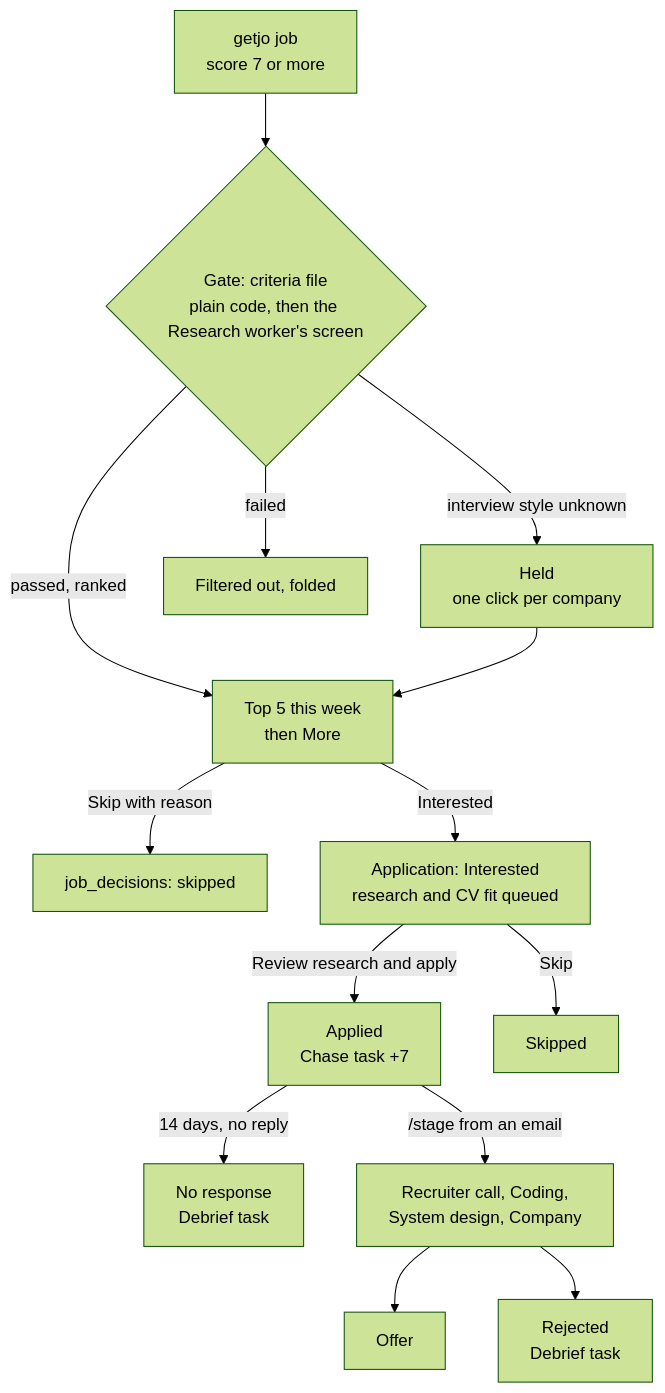
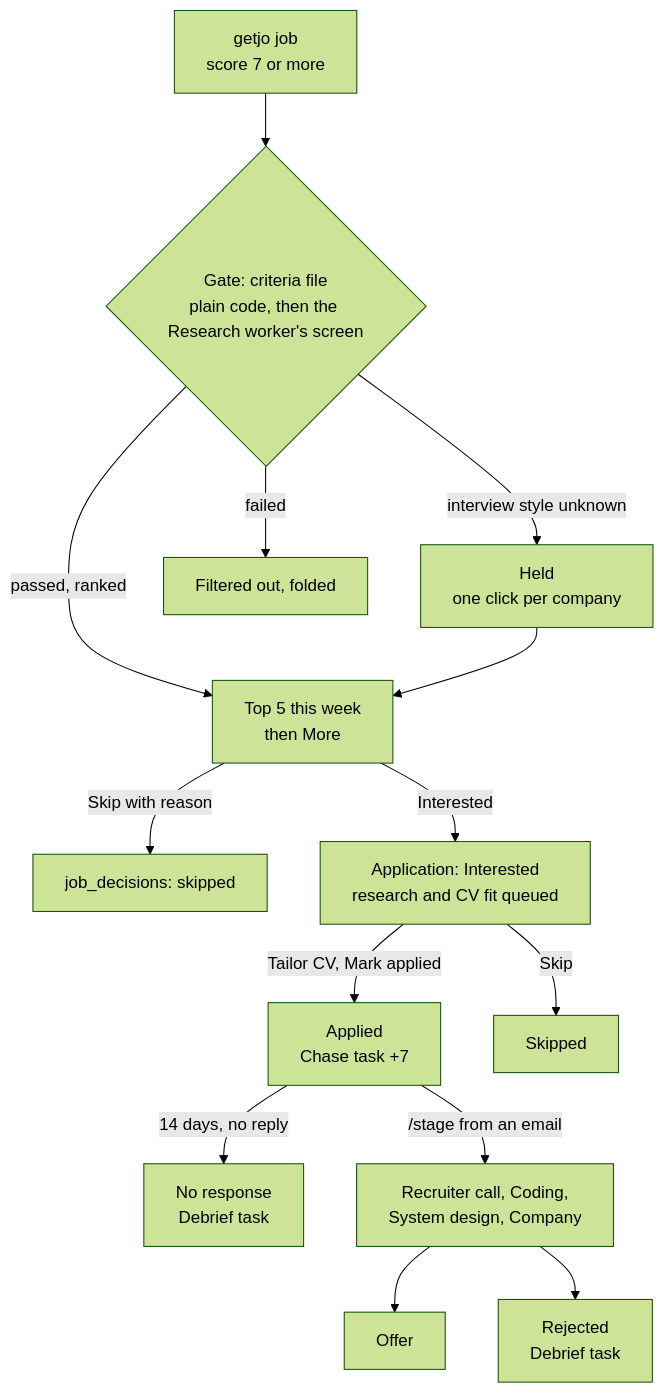
The second of 10 diagrams in docs/how-it-works.md (Pavlana/hirey), drawn with Mermaid (forest theme) before and after one commit. The commit also changed other lines of this file and 50 other files, not shown here.

First line of the commit message:
Job panel as a decision page: recommendation, red flags, call questions, then Tailor CV and apply (#67)

````diff
--- a/docs/how-it-works.md
+++ b/docs/how-it-works.md
@@ -111,16 +111,16 @@
 ```mermaid
 flowchart TD
     match["getjo job<br/>score 7 or more"] --> gate{"Gate: criteria file<br/>plain code, then the Research worker's screen"}
     gate -->|"passed, ranked"| offers["Top 5 this week<br/>then More"]
     gate -->|"interview style unknown"| held["Held<br/>one click per company"]
     gate -->|"failed"| filtered["Filtered out, folded"]
     held --> offers
     offers -->|"Skip with reason"| skipped["job_decisions: skipped"]
     offers -->|"Interested"| interested["Application: Interested<br/>research and CV fit queued"]
-    interested -->|"Review research and apply"| applied["Applied<br/>Chase task +7"]
+    interested -->|"Tailor CV, Mark applied"| applied["Applied<br/>Chase task +7"]
     interested -->|"Skip"| closedskip["Skipped"]
     applied -->|"14 days, no reply"| noresp["No response<br/>Debrief task"]
     applied -->|"/stage from an email"| stages["Recruiter call, Coding,<br/>System design, Company"]
     stages --> offer["Offer"]
     stages --> rejected["Rejected<br/>Debrief task"]
 ```
````
